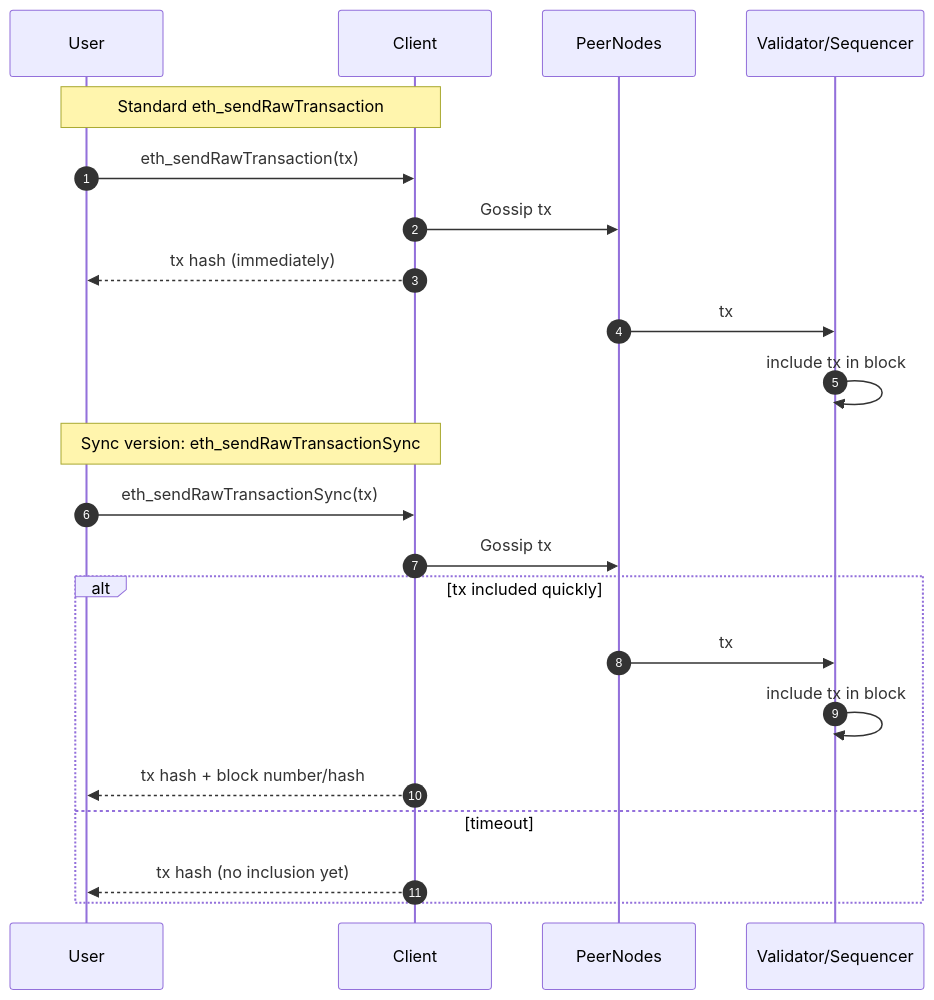
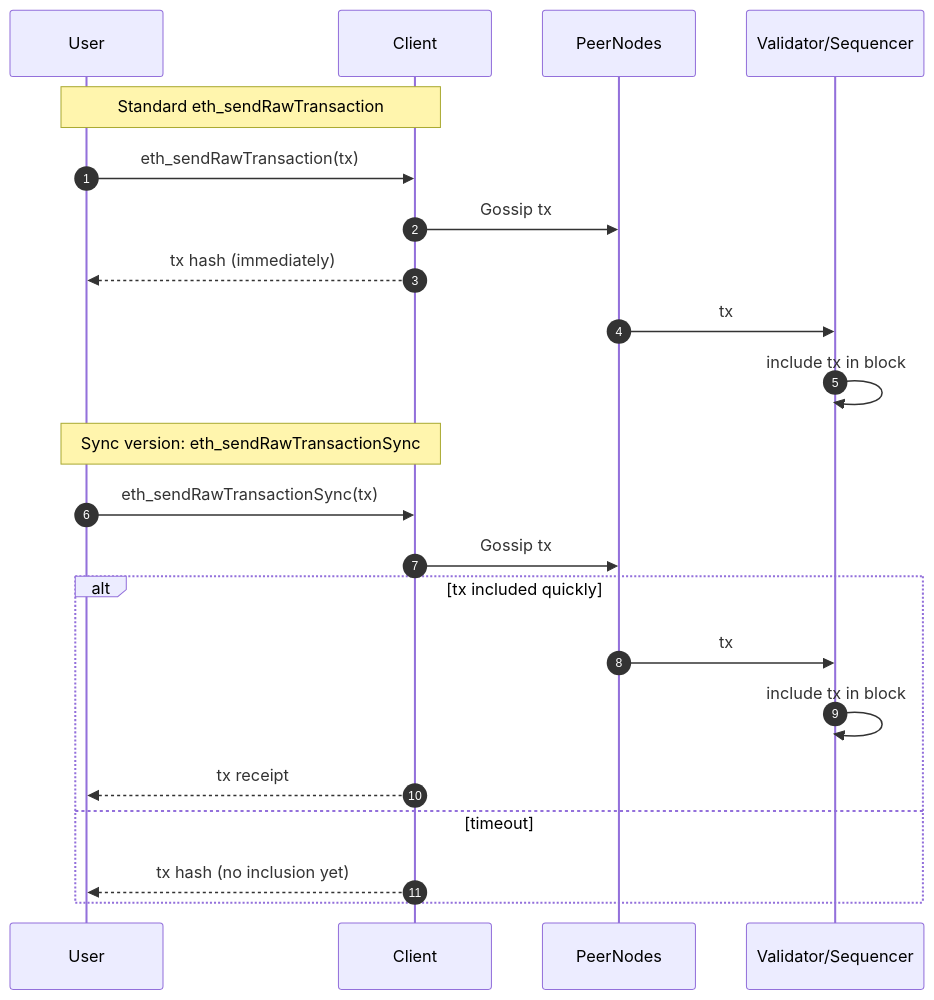
One commit to ethereum/EIPs changed the diagram in EIPS/eip-sync_send_method.md. Above: the diagram before and after it, drawn with Mermaid. The commit also changed other lines of this file, not shown here.

````diff
--- a/EIPS/eip-sync_send_method.md
+++ b/EIPS/eip-sync_send_method.md
@@ -59,26 +68,26 @@
 ```mermaid
 sequenceDiagram
     autonumber
     participant User
     participant Client
     participant PeerNodes
     participant Validator/Sequencer
 
     Note over User,Client: Standard eth_sendRawTransaction
     User->>Client: eth_sendRawTransaction(tx)
     Client->>PeerNodes: Gossip tx
     Client-->>User: tx hash (immediately)
     PeerNodes->>Validator/Sequencer: tx
     Validator/Sequencer->>Validator/Sequencer: include tx in block
 
     Note over User,Client: Sync version: eth_sendRawTransactionSync
     User->>Client: eth_sendRawTransactionSync(tx)
     Client->>PeerNodes: Gossip tx
     alt tx included quickly
         PeerNodes->>Validator/Sequencer: tx
         Validator/Sequencer->>Validator/Sequencer: include tx in block
-        Client-->>User: tx hash + block number/hash
+        Client-->>User: tx receipt
     else timeout
         Client-->>User: tx hash (no inclusion yet)
     end
 ```
````
